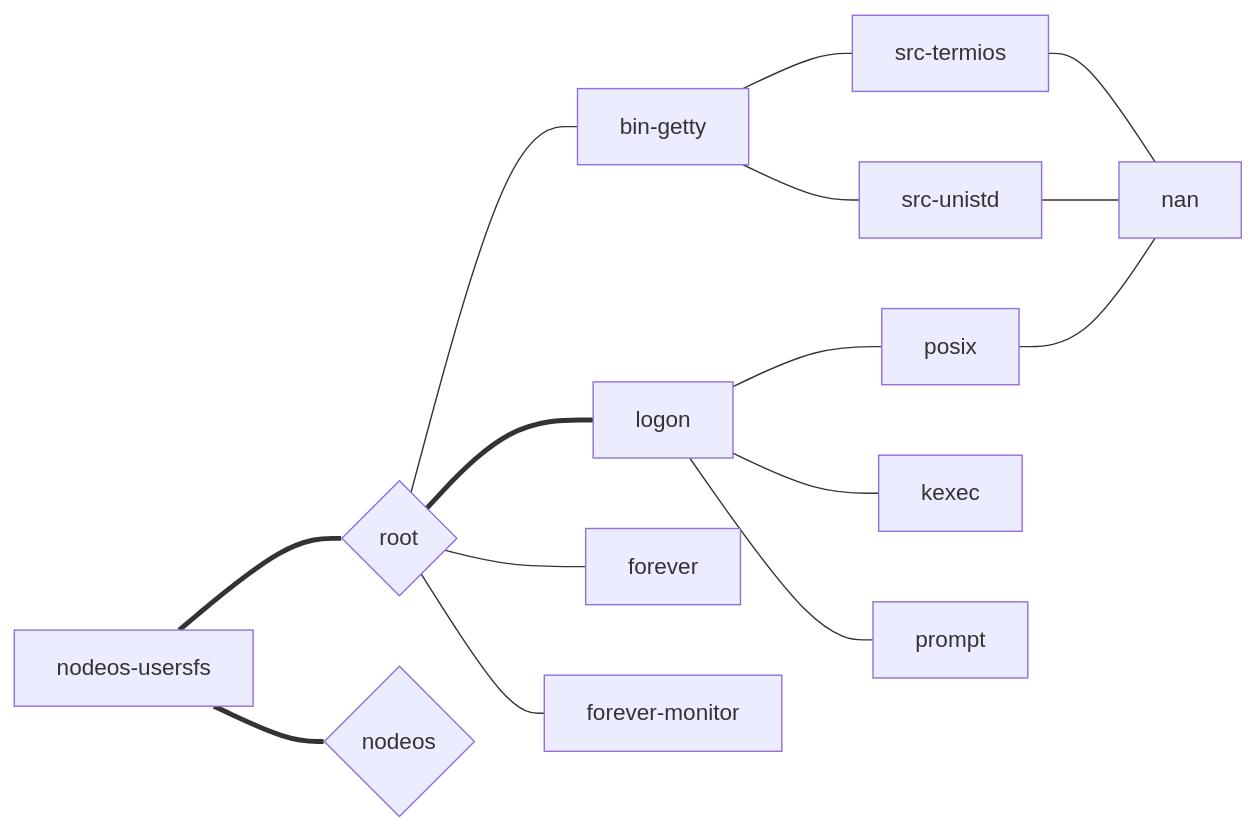
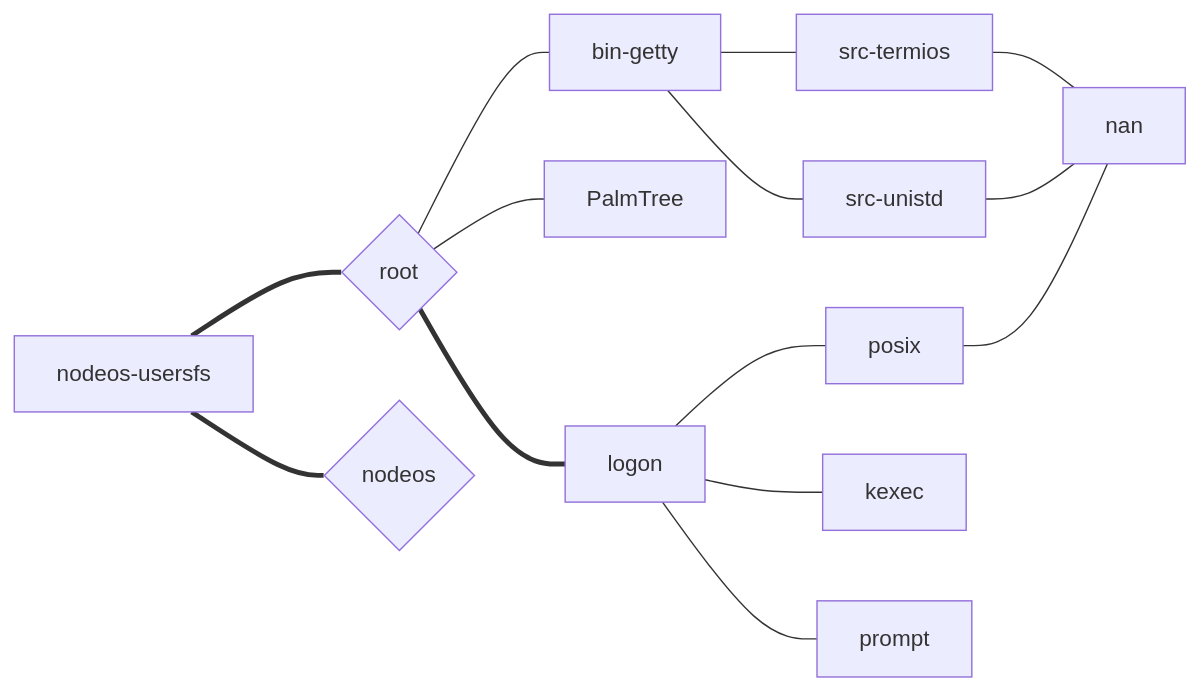
One commit to piranna/pfc changed the diagram in 7. apéndices/resources/dependencies_usersfs.mmd. Above: the diagram before and after it, drawn with Mermaid. The commit also changed 8 other files, not shown here.

```diff
--- a/7. apéndices/resources/dependencies_usersfs.mmd
+++ b/7. apéndices/resources/dependencies_usersfs.mmd
@@ -1,20 +1,19 @@
 graph LR
   nodeos-usersfs === root{root}
   nodeos-usersfs === nodeos{nodeos}
 
   root --- bin-getty
+  root --- PalmTree
   root === logon
-  root --- forever
-  root --- forever-monitor
 
   bin-getty --- src-termios
   bin-getty --- src-unistd
 
   logon --- posix
   logon --- kexec
   logon --- prompt
 
   src-termios --- nan
   src-unistd --- nan
 
   posix --- nan
```
